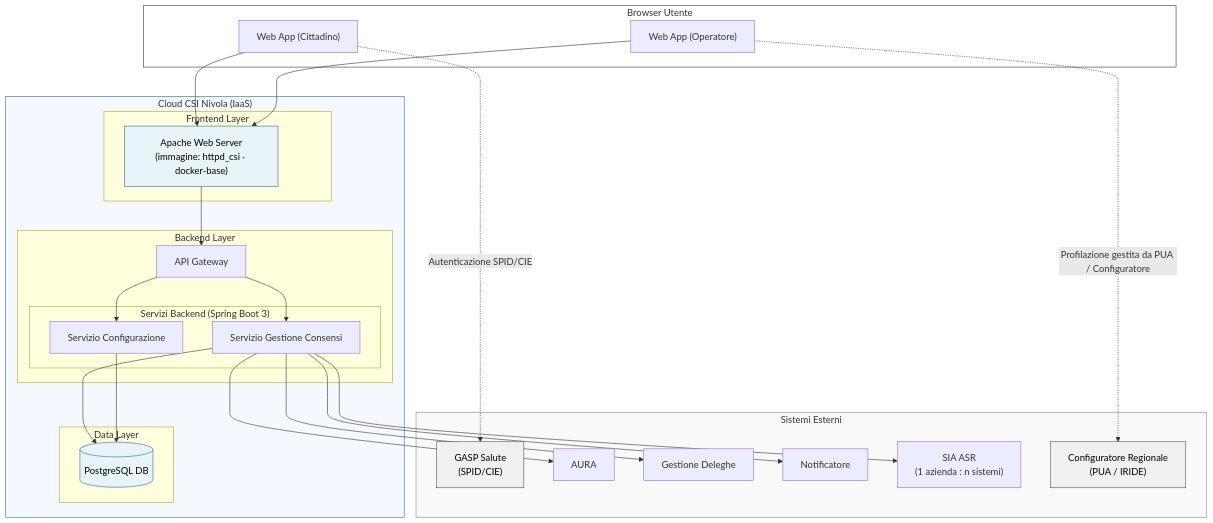
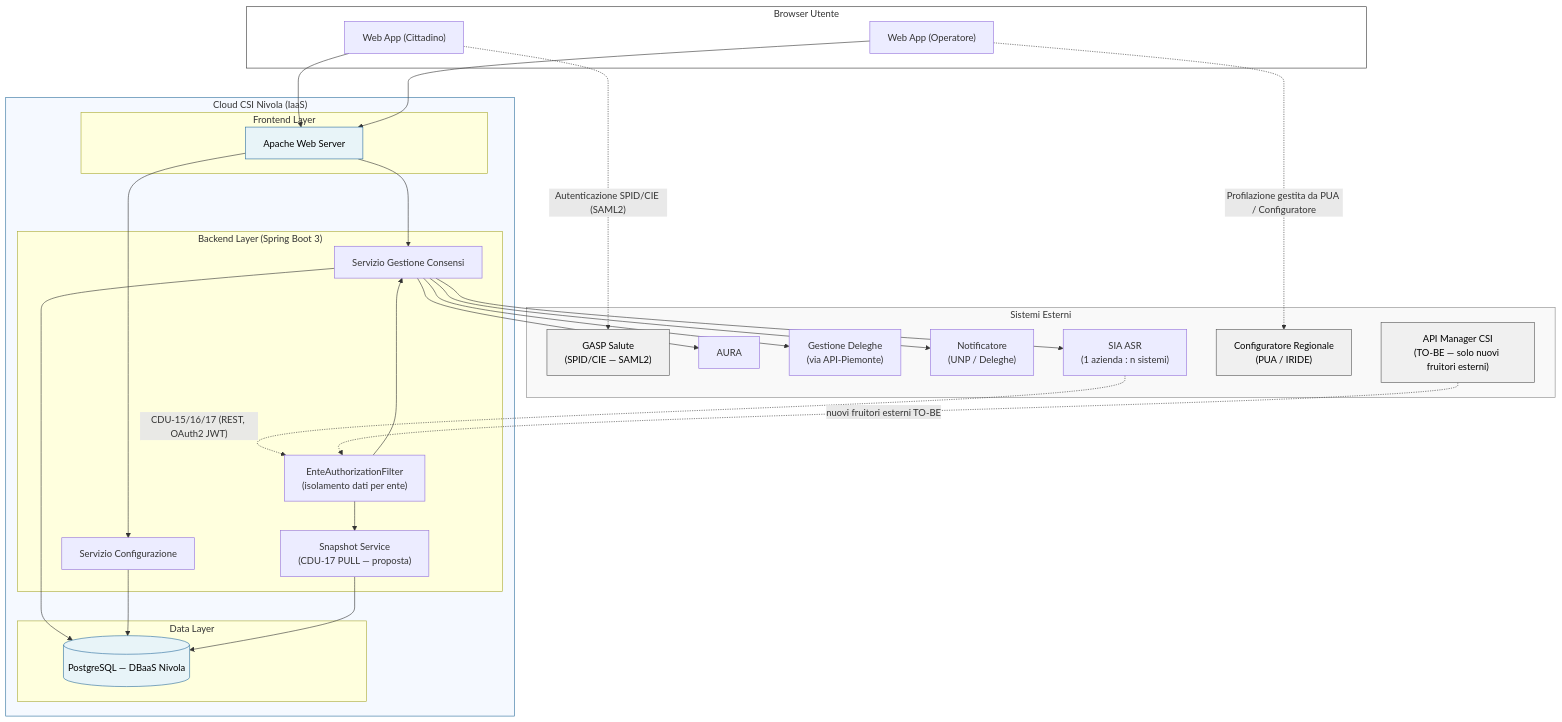
One commit to caccu/srs_cons_git_exprivia changed the diagram in src/site/notes/wiki/sources/2026-05-05-mermaid-architettura.md. Above: the diagram before and after it, drawn with Mermaid. The commit also changed other lines of this file and 3 other files, not shown here.

````diff
--- a/src/site/notes/wiki/sources/2026-05-05-mermaid-architettura.md
+++ b/src/site/notes/wiki/sources/2026-05-05-mermaid-architettura.md
@@ -16,54 +16,59 @@
 ```mermaid
 graph TD
     subgraph BROWSER["Browser Utente"]
         WC["Web App (Cittadino)"]
         WO["Web App (Operatore)"]
     end
 
     subgraph INFRA["Cloud CSI Nivola (IaaS)"]
         subgraph FL["Frontend Layer"]
-            AW["Apache Web Server\n(immagine: httpd_csi · docker-base)"]
+            AW["Apache Web Server"]
         end
-        subgraph BL["Backend Layer"]
-            AG["API Gateway"]
-            subgraph SB["Servizi Backend (Spring Boot 3)"]
-                SGC["Servizio Gestione Consensi"]
-                SC["Servizio Configurazione"]
-            end
+        subgraph BL["Backend Layer (Spring Boot 3)"]
+            EAF["EnteAuthorizationFilter\n(isolamento dati per ente)"]
+            SGC["Servizio Gestione Consensi"]
+            SC["Servizio Configurazione"]
+            SNAP["Snapshot Service\n(CDU-17 PULL — proposta)"]
         end
         subgraph DL["Data Layer"]
-            PG[("PostgreSQL DB")]
+            PG[("PostgreSQL — DBaaS Nivola")]
         end
     end
 
     subgraph SE["Sistemi Esterni"]
-        GASP["GASP Salute\n(SPID/CIE)"]
+        GASP["GASP Salute\n(SPID/CIE — SAML2)"]
         AURA["AURA"]
-        GD["Gestione Deleghe"]
-        NOT["Notificatore"]
+        GD["Gestione Deleghe\n(via API-Piemonte)"]
+        NOT["Notificatore\n(UNP / Deleghe)"]
         SIA["SIA ASR\n(1 azienda : n sistemi)"]
         CR["Configuratore Regionale\n(PUA / IRIDE)"]
+        APIM["API Manager CSI\n(TO-BE — solo nuovi fruitori esterni)"]
     end
 
     WC --> AW
     WO --> AW
-    AW --> AG
-    AG --> SGC
-    AG --> SC
+    AW --> SGC
+    AW --> SC
     SGC --> PG
     SC --> PG
+    SNAP --> PG
     SGC --> AURA
     SGC --> GD
     SGC --> NOT
     SGC --> SIA
-    WC -. "Autenticazione SPID/CIE" .-> GASP
+    SIA -. "CDU-15/16/17 (REST, OAuth2 JWT)" .-> EAF
+    APIM -. "nuovi fruitori esterni TO-BE" .-> EAF
+    EAF --> SGC
+    EAF --> SNAP
+    WC -. "Autenticazione SPID/CIE (SAML2)" .-> GASP
     WO -. "Profilazione gestita da PUA / Configuratore" .-> CR
 
     style AW fill:#e8f4f8,stroke:#2c6e9e,color:#000
     style PG fill:#e8f4f8,stroke:#2c6e9e,color:#000
     style CR fill:#f0f0f0,stroke:#555,color:#000
     style GASP fill:#f0f0f0,stroke:#555,color:#000
+    style APIM fill:#f0f0f0,stroke:#555,color:#000
     style INFRA fill:#f5f9ff,stroke:#2c6e9e
     style SE fill:#f9f9f9,stroke:#888
     style BROWSER fill:#fff,stroke:#333
 ```
````
